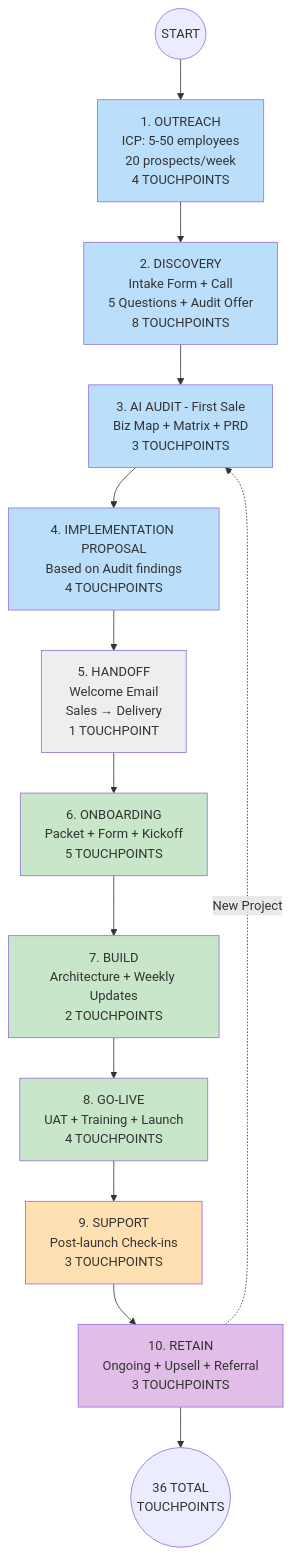
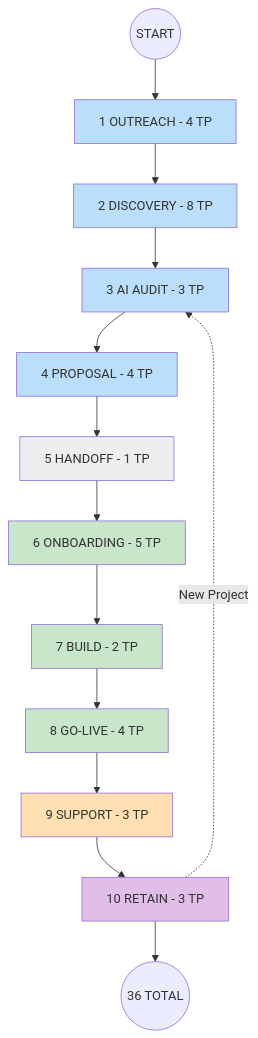
Before and after one commit to mekaielabdullahi/ai-agency-sales-os: the third of 3 diagrams in customer-journey-mermaid.md, drawn with Mermaid. The commit also changed other lines of this file, not shown here.

First line of the commit message:
Shorten Mermaid diagram text for GitHub visibility

````diff
--- a/customer-journey-mermaid.md
+++ b/customer-journey-mermaid.md
@@ -238,47 +242,47 @@
 ```mermaid
 flowchart TB
     START((START)) --> S1
 
-    S1[1. OUTREACH<br/>ICP: 5-50 employees<br/>20 prospects/week<br/>4 TOUCHPOINTS]
+    S1[1 OUTREACH - 4 TP]
     S1 --> S2
 
-    S2[2. DISCOVERY<br/>Intake Form + Call<br/>5 Questions + Audit Offer<br/>8 TOUCHPOINTS]
+    S2[2 DISCOVERY - 8 TP]
     S2 --> S3
 
-    S3[3. AI AUDIT - First Sale<br/>Biz Map + Matrix + PRD<br/>3 TOUCHPOINTS]
+    S3[3 AI AUDIT - 3 TP]
     S3 --> S4
 
-    S4[4. IMPLEMENTATION PROPOSAL<br/>Based on Audit findings<br/>4 TOUCHPOINTS]
+    S4[4 PROPOSAL - 4 TP]
     S4 --> S5
 
-    S5[5. HANDOFF<br/>Welcome Email<br/>Sales → Delivery<br/>1 TOUCHPOINT]
+    S5[5 HANDOFF - 1 TP]
     S5 --> S6
 
-    S6[6. ONBOARDING<br/>Packet + Form + Kickoff<br/>5 TOUCHPOINTS]
+    S6[6 ONBOARDING - 5 TP]
     S6 --> S7
 
-    S7[7. BUILD<br/>Architecture + Weekly Updates<br/>2 TOUCHPOINTS]
+    S7[7 BUILD - 2 TP]
     S7 --> S8
 
-    S8[8. GO-LIVE<br/>UAT + Training + Launch<br/>4 TOUCHPOINTS]
+    S8[8 GO-LIVE - 4 TP]
     S8 --> S9
 
-    S9[9. SUPPORT<br/>Post-launch Check-ins<br/>3 TOUCHPOINTS]
+    S9[9 SUPPORT - 3 TP]
     S9 --> S10
 
-    S10[10. RETAIN<br/>Ongoing + Upsell + Referral<br/>3 TOUCHPOINTS]
+    S10[10 RETAIN - 3 TP]
     S10 -.->|New Project| S3
 
-    S10 --> SUCCESS((36 TOTAL<br/>TOUCHPOINTS))
+    S10 --> SUCCESS((36 TOTAL))
 
     style S1 fill:#bbdefb
     style S2 fill:#bbdefb
     style S3 fill:#bbdefb
     style S4 fill:#bbdefb
     style S5 fill:#eeeeee
     style S6 fill:#c8e6c9
     style S7 fill:#c8e6c9
     style S8 fill:#c8e6c9
     style S9 fill:#ffe0b2
     style S10 fill:#e1bee7
 ```
````
